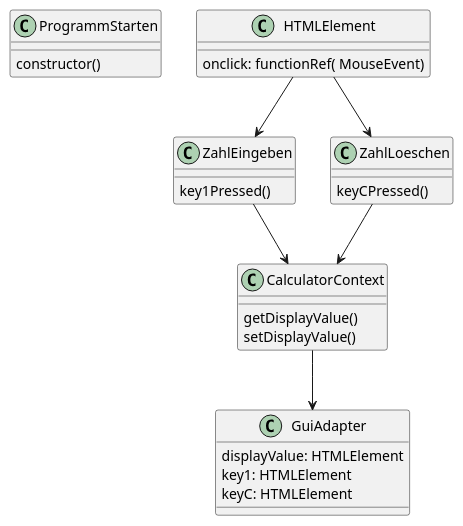
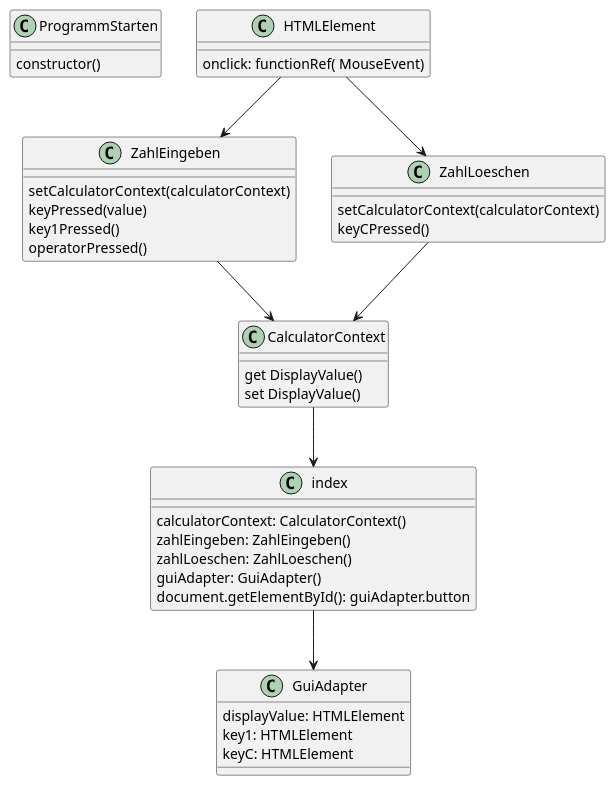
The diagram in puml/Klassendiagramm.puml (nicolas-00/Taschenrechner), drawn with PlantUML before and after one commit. The commit also changed 6 other files, not shown here.

```diff
--- a/puml/Klassendiagramm.puml
+++ b/puml/Klassendiagramm.puml
@@ -1,32 +1,45 @@
 @startuml
 
 
 class ProgrammStarten{
 constructor()
 }
 class HTMLElement{
 onclick: functionRef( MouseEvent)
 }
 class ZahlEingeben{
+setCalculatorContext(calculatorContext)
+keyPressed(value)
 key1Pressed()
+operatorPressed()
 }
 class ZahlLoeschen{
+setCalculatorContext(calculatorContext)
 keyCPressed()
 }
 class CalculatorContext{
-getDisplayValue()
-setDisplayValue()
+get DisplayValue()
+set DisplayValue()
+}
+class index{
+calculatorContext: CalculatorContext()
+zahlEingeben: ZahlEingeben()
+zahlLoeschen: ZahlLoeschen()
+guiAdapter: GuiAdapter()
+document.getElementById(): guiAdapter.button
 }
 class GuiAdapter{
 displayValue: HTMLElement
 key1: HTMLElement
 keyC: HTMLElement
 }
 HTMLElement --> ZahlEingeben
 HTMLElement --> ZahlLoeschen
 ZahlEingeben --> CalculatorContext
 ZahlLoeschen --> CalculatorContext
-CalculatorContext --> GuiAdapter
+CalculatorContext --> index
+index --> GuiAdapter
+
 
 
 @enduml
```
